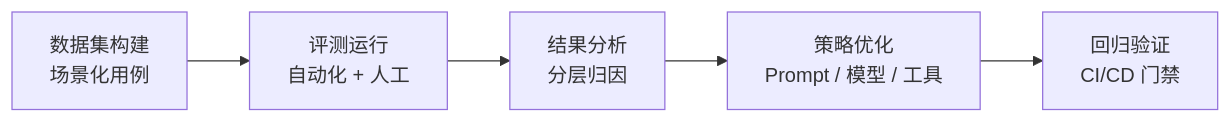
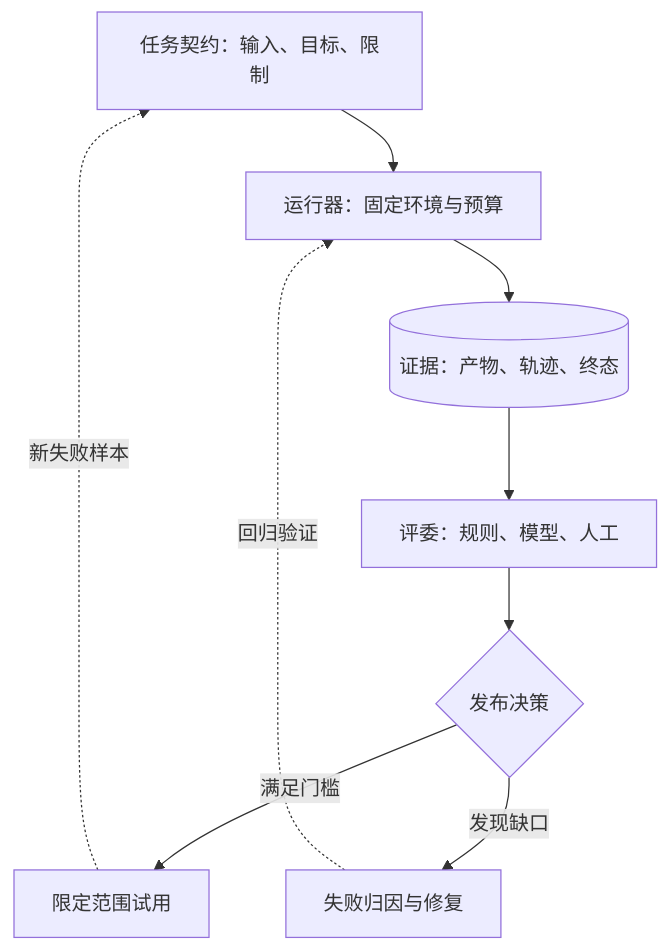
Before and after one commit to MarkingYang/aidea-lab: the diagram in src/content/writing/agent-system-evaluation-research.md, drawn with Mermaid. The commit also changed other lines of this file and 59 other files, not shown here.

````diff
--- a/src/content/writing/agent-system-evaluation-research.md
+++ b/src/content/writing/agent-system-evaluation-research.md
@@ -989,7 +37,11 @@
 ```mermaid
-flowchart LR
-  D[数据集构建<br/>场景化用例] --> R[评测运行<br/>自动化 + 人工]
-  R --> A[结果分析<br/>分层归因]
-  A --> O[策略优化<br/>Prompt / 模型 / 工具]
-  O --> V[回归验证<br/>CI/CD 门禁]
+flowchart TB
+  C[任务契约：输入、目标、限制] --> R[运行器：固定环境与预算]
+  R --> E[(证据：产物、轨迹、终态)]
+  E --> J[评委：规则、模型、人工]
+  J --> D{发布决策}
+  D -->|满足门槛| L[限定范围试用]
+  D -->|发现缺口| F[失败归因与修复]
+  L -. 新失败样本 .-> C
+  F -. 回归验证 .-> R
 ```
````
